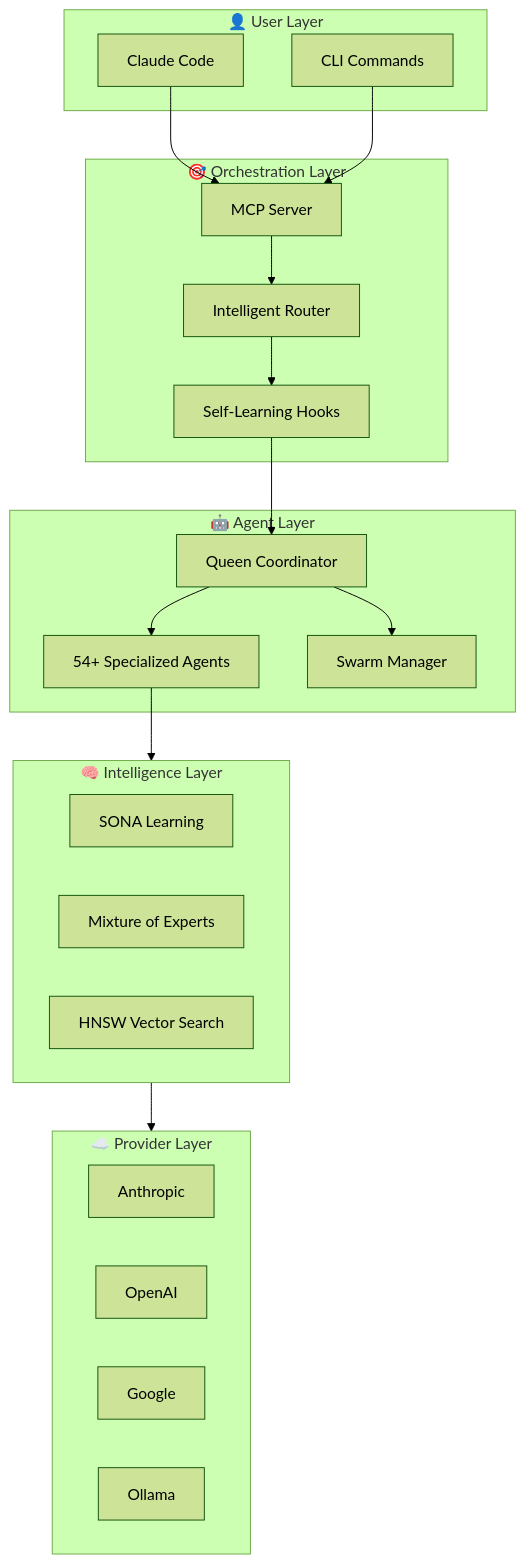
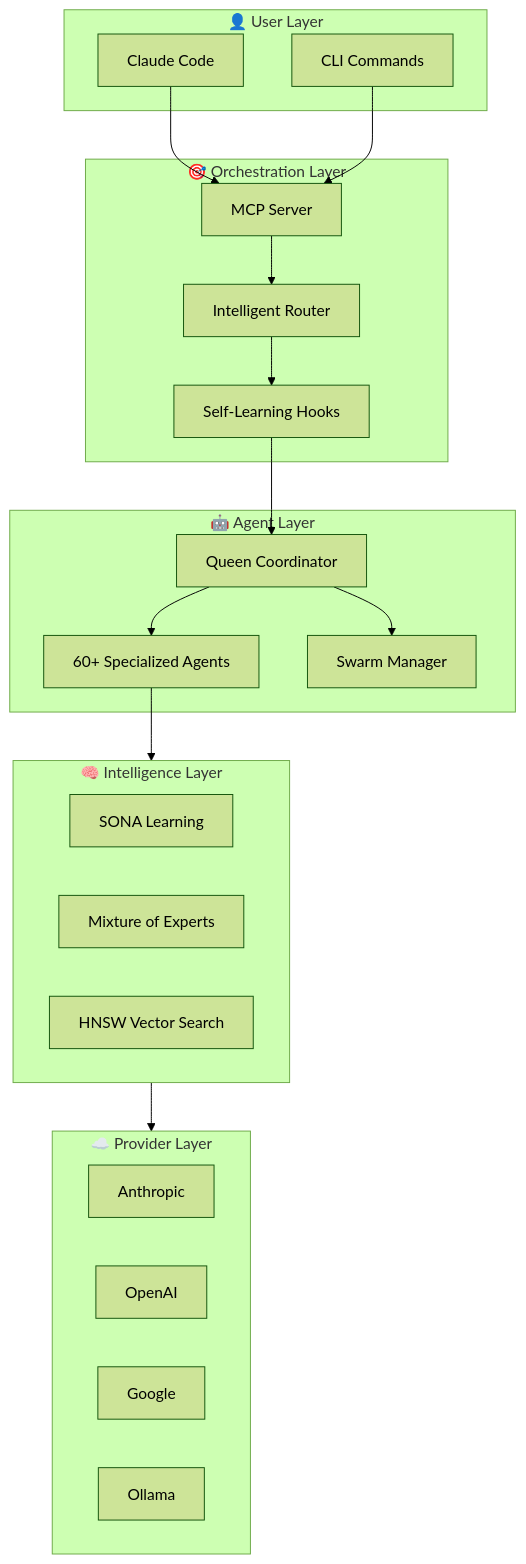
The second of 6 diagrams in README.md (sashakobtsev21-stack/my_agents), drawn with Mermaid (forest theme) before and after one commit.

Commit message:
Checkpoint: File edits
Automatic checkpoint created by Claude Code
- Branch: main
- Timestamp: 2026-01-23T16:29:59Z
- Changes: 1 file(s)

🤖 Generated with [Claude Code](https://claude.com/claude-code)

````diff
--- a/README.md
+++ b/README.md
@@ -510,42 +510,42 @@
 ```mermaid
 flowchart TB
     subgraph User["👤 User Layer"]
         CC[Claude Code]
         CLI[CLI Commands]
     end
 
     subgraph Orchestration["🎯 Orchestration Layer"]
         MCP[MCP Server]
         Router[Intelligent Router]
         Hooks[Self-Learning Hooks]
     end
 
     subgraph Agents["🤖 Agent Layer"]
         Queen[Queen Coordinator]
-        Workers[54+ Specialized Agents]
+        Workers[60+ Specialized Agents]
         Swarm[Swarm Manager]
     end
 
     subgraph Intelligence["🧠 Intelligence Layer"]
         SONA[SONA Learning]
         MoE[Mixture of Experts]
         HNSW[HNSW Vector Search]
     end
 
     subgraph Providers["☁️ Provider Layer"]
         Anthropic[Anthropic]
         OpenAI[OpenAI]
         Google[Google]
         Ollama[Ollama]
     end
 
     CC --> MCP
     CLI --> MCP
     MCP --> Router
     Router --> Hooks
     Hooks --> Queen
     Queen --> Workers
     Queen --> Swarm
     Workers --> Intelligence
     Intelligence --> Providers
 ```
````
